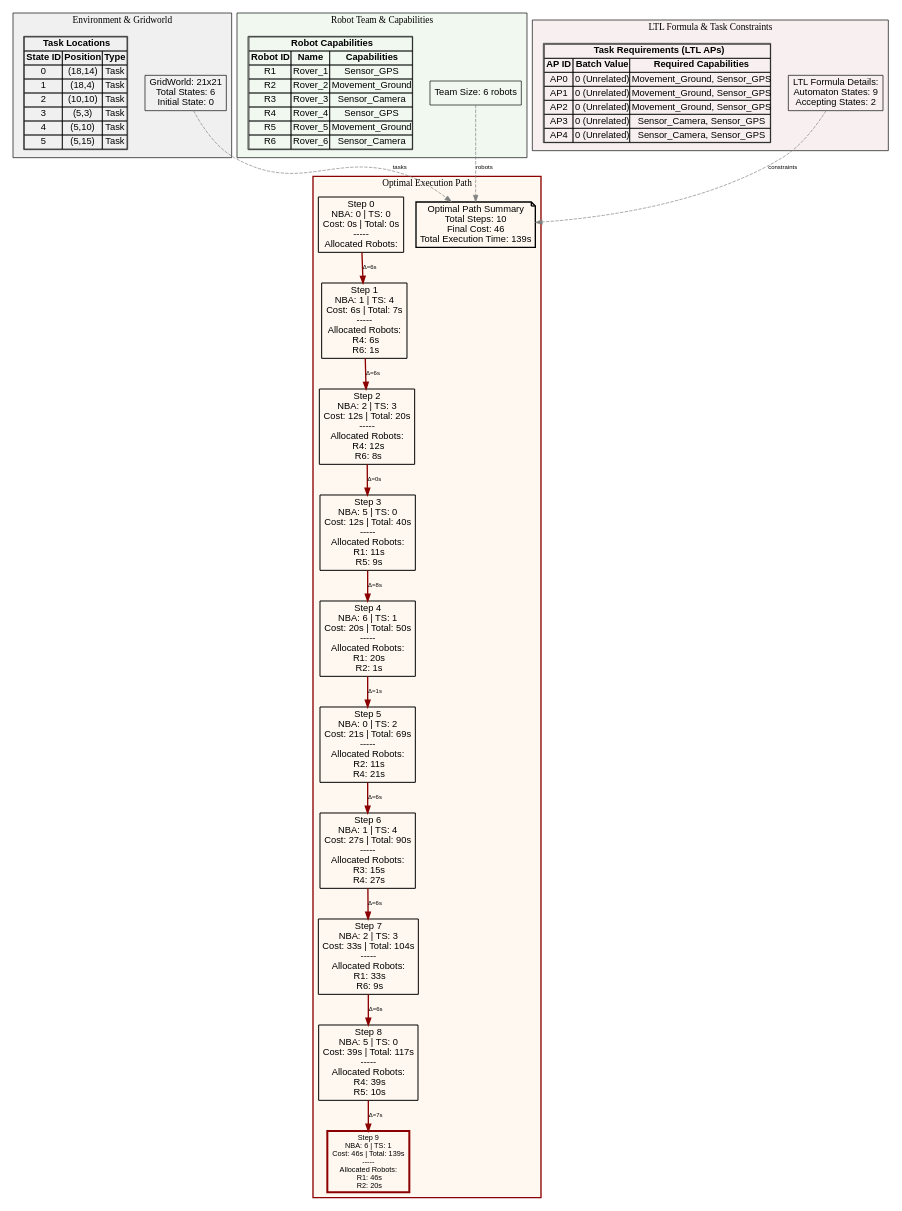
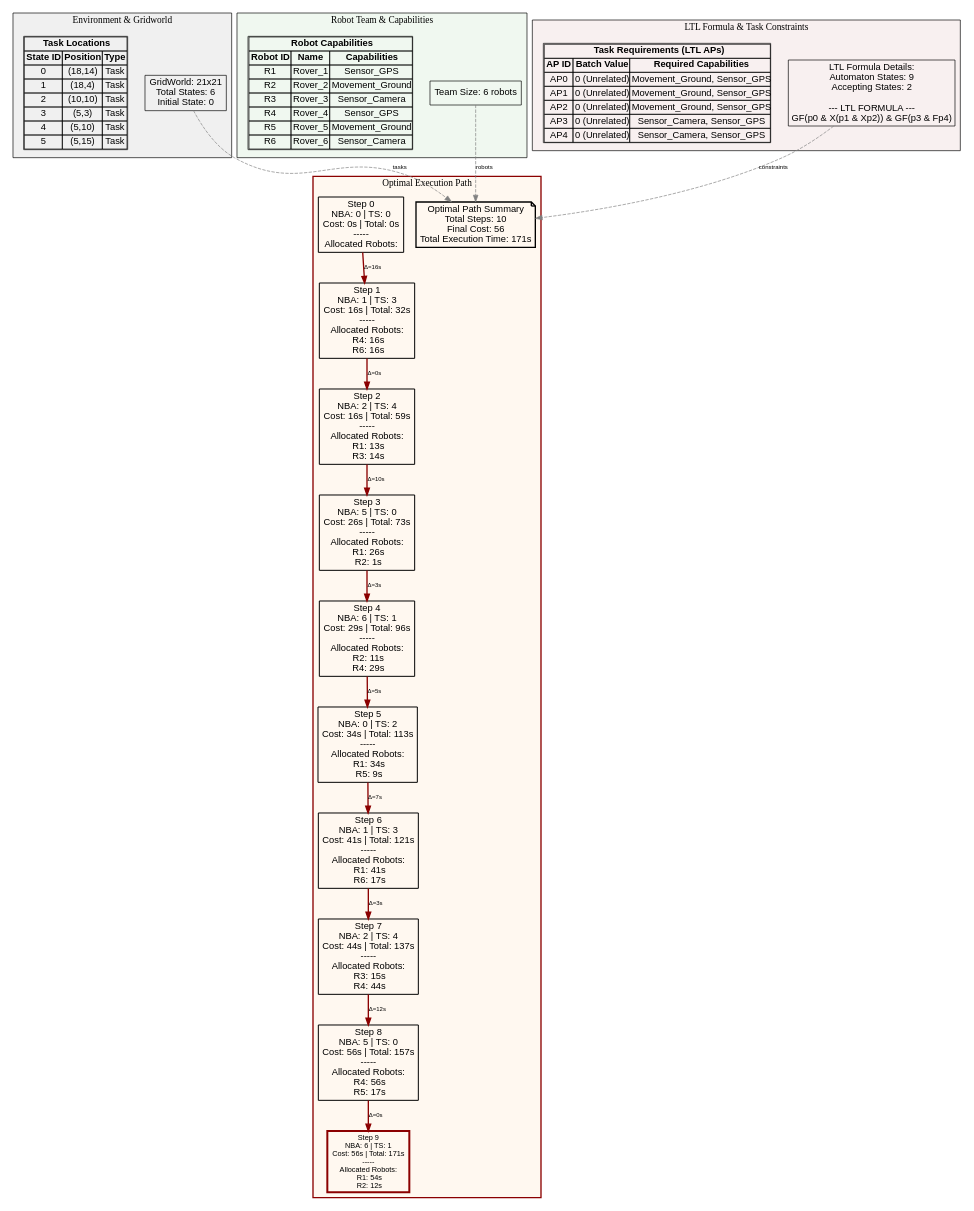
The diagram in MCTB-PDT/output/infinite_test_1_path.dot (jrourke48/HMRTA_TS_GENERATION), drawn with Graphviz before and after one commit. The commit also changed 90 other files, not shown here.

```diff
--- a/MCTB-PDT/output/infinite_test_1_path.dot
+++ b/MCTB-PDT/output/infinite_test_1_path.dot
@@ -1,108 +1,108 @@
 digraph ComprehensiveOptimalPath {
   rankdir=TB;
   concentrate=true;
   node [fontname=Arial];
   edge [fontname=Arial, fontsize=9];
 
   subgraph cluster_environment {
     label="Environment & Gridworld";
     style=filled;
     fillcolor="#F0F0F0";
     color=black;
 
     env_info [shape=box, label="GridWorld: 21x21\nTotal States: 6\nInitial State: 0\n", fillcolor="#E8F4F8"];
 
     env_tasks [shape=plaintext, label=<
       <TABLE BORDER="1" CELLBORDER="1" CELLSPACING="0">
         <TR><TD COLSPAN="3"><B>Task Locations</B></TD></TR>
         <TR><TD><B>State ID</B></TD><TD><B>Position</B></TD><TD><B>Type</B></TD></TR>
         <TR><TD>0</TD><TD>(18,14)</TD><TD>Task</TD></TR>
         <TR><TD>1</TD><TD>(18,4)</TD><TD>Task</TD></TR>
         <TR><TD>2</TD><TD>(10,10)</TD><TD>Task</TD></TR>
         <TR><TD>3</TD><TD>(5,3)</TD><TD>Task</TD></TR>
         <TR><TD>4</TD><TD>(5,10)</TD><TD>Task</TD></TR>
         <TR><TD>5</TD><TD>(5,15)</TD><TD>Task</TD></TR>
       </TABLE>
     >];
   }
 
   subgraph cluster_robots {
     label="Robot Team & Capabilities";
     style=filled;
     fillcolor="#F0F8F0";
     color=black;
 
     team_info [shape=box, label="Team Size: 6 robots\n", fillcolor="#E8F8E8"];
 
     robot_caps [shape=plaintext, label=<
       <TABLE BORDER="1" CELLBORDER="1" CELLSPACING="0">
         <TR><TD COLSPAN="3"><B>Robot Capabilities</B></TD></TR>
         <TR><TD><B>Robot ID</B></TD><TD><B>Name</B></TD><TD><B>Capabilities</B></TD></TR>
         <TR><TD>R1</TD><TD>Rover_1</TD><TD>Sensor_GPS</TD></TR>
         <TR><TD>R2</TD><TD>Rover_2</TD><TD>Movement_Ground</TD></TR>
         <TR><TD>R3</TD><TD>Rover_3</TD><TD>Sensor_Camera</TD></TR>
         <TR><TD>R4</TD><TD>Rover_4</TD><TD>Sensor_GPS</TD></TR>
         <TR><TD>R5</TD><TD>Rover_5</TD><TD>Movement_Ground</TD></TR>
         <TR><TD>R6</TD><TD>Rover_6</TD><TD>Sensor_Camera</TD></TR>
       </TABLE>
     >];
   }
 
   subgraph cluster_ltl {
     label="LTL Formula & Task Constraints";
     style=filled;
     fillcolor="#F8F0F0";
     color=black;
 
-    ltl_info [shape=box, label="LTL Formula Details:\nAutomaton States: 9\nAccepting States: 2\n", fillcolor="#F8E8E8"];
+    ltl_info [shape=box, label="LTL Formula Details:\nAutomaton States: 9\nAccepting States: 2\n\n--- LTL FORMULA ---\nGF(p0 & X(p1 & Xp2)) & GF(p3 & Fp4)", fillcolor="#F8E8E8"];
 
     ltl_tasks [shape=plaintext, label=<
       <TABLE BORDER="1" CELLBORDER="1" CELLSPACING="0">
         <TR><TD COLSPAN="3"><B>Task Requirements (LTL APs)</B></TD></TR>
         <TR><TD><B>AP ID</B></TD><TD><B>Batch Value</B></TD><TD><B>Required Capabilities</B></TD></TR>
         <TR><TD>AP0</TD><TD>0 (Unrelated)</TD><TD>Movement_Ground, Sensor_GPS</TD></TR>
         <TR><TD>AP1</TD><TD>0 (Unrelated)</TD><TD>Movement_Ground, Sensor_GPS</TD></TR>
         <TR><TD>AP2</TD><TD>0 (Unrelated)</TD><TD>Movement_Ground, Sensor_GPS</TD></TR>
         <TR><TD>AP3</TD><TD>0 (Unrelated)</TD><TD>Sensor_Camera, Sensor_GPS</TD></TR>
         <TR><TD>AP4</TD><TD>0 (Unrelated)</TD><TD>Sensor_Camera, Sensor_GPS</TD></TR>
       </TABLE>
     >];
   }
 
   subgraph cluster_path {
     label="Optimal Execution Path";
     style=filled;
     fillcolor="#FFF8F0";
     color=darkred;
     penwidth=2;
 
-    path_summary [shape=note, label="Optimal Path Summary\nTotal Steps: 10\nFinal Cost: 46\nTotal Execution Time: 139s\n", fillcolor="#FFFFCC", penwidth=2];
+    path_summary [shape=note, label="Optimal Path Summary\nTotal Steps: 10\nFinal Cost: 56\nTotal Execution Time: 171s\n", fillcolor="#FFFFCC", penwidth=2];
 
     opt_0 [shape=box, label="Step 0\nNBA: 0 | TS: 0\nCost: 0s | Total: 0s\n-----\nAllocated Robots:\n", fillcolor="#B3E5FC", penwidth=1.5];
-    opt_1 [shape=box, label="Step 1\nNBA: 1 | TS: 4\nCost: 6s | Total: 7s\n-----\nAllocated Robots:\n  R4: 6s\n  R6: 1s\n", fillcolor="#B3E5FC", penwidth=1.5];
-    opt_2 [shape=box, label="Step 2\nNBA: 2 | TS: 3\nCost: 12s | Total: 20s\n-----\nAllocated Robots:\n  R4: 12s\n  R6: 8s\n", fillcolor="#B3E5FC", penwidth=1.5];
-    opt_3 [shape=box, label="Step 3\nNBA: 5 | TS: 0\nCost: 12s | Total: 40s\n-----\nAllocated Robots:\n  R1: 11s\n  R5: 9s\n", fillcolor="#B3E5FC", penwidth=1.5];
-    opt_4 [shape=box, label="Step 4\nNBA: 6 | TS: 1\nCost: 20s | Total: 50s\n-----\nAllocated Robots:\n  R1: 20s\n  R2: 1s\n", fillcolor="#B3E5FC", penwidth=1.5];
-    opt_5 [shape=box, label="Step 5\nNBA: 0 | TS: 2\nCost: 21s | Total: 69s\n-----\nAllocated Robots:\n  R2: 11s\n  R4: 21s\n", fillcolor="#B3E5FC", penwidth=1.5];
-    opt_6 [shape=box, label="Step 6\nNBA: 1 | TS: 4\nCost: 27s | Total: 90s\n-----\nAllocated Robots:\n  R3: 15s\n  R4: 27s\n", fillcolor="#B3E5FC", penwidth=1.5];
-    opt_7 [shape=box, label="Step 7\nNBA: 2 | TS: 3\nCost: 33s | Total: 104s\n-----\nAllocated Robots:\n  R1: 33s\n  R6: 9s\n", fillcolor="#B3E5FC", penwidth=1.5];
-    opt_8 [shape=box, label="Step 8\nNBA: 5 | TS: 0\nCost: 39s | Total: 117s\n-----\nAllocated Robots:\n  R4: 39s\n  R5: 10s\n", fillcolor="#B3E5FC", penwidth=1.5];
-    opt_9 [shape=box, label="Step 9\nNBA: 6 | TS: 1\nCost: 46s | Total: 139s\n-----\nAllocated Robots:\n  R1: 46s\n  R2: 20s\n", fillcolor="#FF6B6B", penwidth=3, color=darkred, fontweight=bold, fontsize=11];
+    opt_1 [shape=box, label="Step 1\nNBA: 1 | TS: 3\nCost: 16s | Total: 32s\n-----\nAllocated Robots:\n  R4: 16s\n  R6: 16s\n", fillcolor="#B3E5FC", penwidth=1.5];
+    opt_2 [shape=box, label="Step 2\nNBA: 2 | TS: 4\nCost: 16s | Total: 59s\n-----\nAllocated Robots:\n  R1: 13s\n  R3: 14s\n", fillcolor="#B3E5FC", penwidth=1.5];
+    opt_3 [shape=box, label="Step 3\nNBA: 5 | TS: 0\nCost: 26s | Total: 73s\n-----\nAllocated Robots:\n  R1: 26s\n  R2: 1s\n", fillcolor="#B3E5FC", penwidth=1.5];
+    opt_4 [shape=box, label="Step 4\nNBA: 6 | TS: 1\nCost: 29s | Total: 96s\n-----\nAllocated Robots:\n  R2: 11s\n  R4: 29s\n", fillcolor="#B3E5FC", penwidth=1.5];
+    opt_5 [shape=box, label="Step 5\nNBA: 0 | TS: 2\nCost: 34s | Total: 113s\n-----\nAllocated Robots:\n  R1: 34s\n  R5: 9s\n", fillcolor="#B3E5FC", penwidth=1.5];
+    opt_6 [shape=box, label="Step 6\nNBA: 1 | TS: 3\nCost: 41s | Total: 121s\n-----\nAllocated Robots:\n  R1: 41s\n  R6: 17s\n", fillcolor="#B3E5FC", penwidth=1.5];
+    opt_7 [shape=box, label="Step 7\nNBA: 2 | TS: 4\nCost: 44s | Total: 137s\n-----\nAllocated Robots:\n  R3: 15s\n  R4: 44s\n", fillcolor="#B3E5FC", penwidth=1.5];
+    opt_8 [shape=box, label="Step 8\nNBA: 5 | TS: 0\nCost: 56s | Total: 157s\n-----\nAllocated Robots:\n  R4: 56s\n  R5: 17s\n", fillcolor="#B3E5FC", penwidth=1.5];
+    opt_9 [shape=box, label="Step 9\nNBA: 6 | TS: 1\nCost: 56s | Total: 171s\n-----\nAllocated Robots:\n  R1: 54s\n  R2: 12s\n", fillcolor="#FF6B6B", penwidth=3, color=darkred, fontweight=bold, fontsize=11];
 
-    opt_0 -> opt_1 [label="Δ=6s", penwidth=2, color=darkred];
-    opt_1 -> opt_2 [label="Δ=6s", penwidth=2, color=darkred];
-    opt_2 -> opt_3 [label="Δ=0s", penwidth=2, color=darkred];
-    opt_3 -> opt_4 [label="Δ=8s", penwidth=2, color=darkred];
-    opt_4 -> opt_5 [label="Δ=1s", penwidth=2, color=darkred];
-    opt_5 -> opt_6 [label="Δ=6s", penwidth=2, color=darkred];
-    opt_6 -> opt_7 [label="Δ=6s", penwidth=2, color=darkred];
-    opt_7 -> opt_8 [label="Δ=6s", penwidth=2, color=darkred];
-    opt_8 -> opt_9 [label="Δ=7s", penwidth=2, color=darkred];
+    opt_0 -> opt_1 [label="Δ=16s", penwidth=2, color=darkred];
+    opt_1 -> opt_2 [label="Δ=0s", penwidth=2, color=darkred];
+    opt_2 -> opt_3 [label="Δ=10s", penwidth=2, color=darkred];
+    opt_3 -> opt_4 [label="Δ=3s", penwidth=2, color=darkred];
+    opt_4 -> opt_5 [label="Δ=5s", penwidth=2, color=darkred];
+    opt_5 -> opt_6 [label="Δ=7s", penwidth=2, color=darkred];
+    opt_6 -> opt_7 [label="Δ=3s", penwidth=2, color=darkred];
+    opt_7 -> opt_8 [label="Δ=12s", penwidth=2, color=darkred];
+    opt_8 -> opt_9 [label="Δ=0s", penwidth=2, color=darkred];
   }
 
   // Connections between clusters
   env_info -> path_summary [style=dashed, color=gray, label="tasks"];
   team_info -> path_summary [style=dashed, color=gray, label="robots"];
   ltl_info -> path_summary [style=dashed, color=gray, label="constraints"];
 
 }
```
